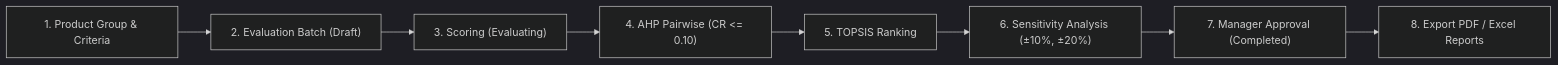
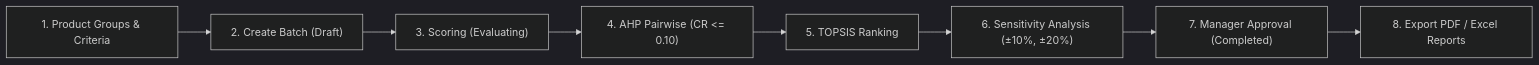
Before and after one commit to daongochan/Supplier_Selection_Decision_Support_System: the first of 2 diagrams in README.md, drawn with Mermaid (dark theme). The commit also changed other lines of this file and 1 other file, not shown here.

````diff
--- a/README.md
+++ b/README.md
@@ -31,10 +67,10 @@
 ```mermaid
-graph LR
-    A["1. Product Group & Criteria"] --> B["2. Evaluation Batch (Draft)"]
+flowchart LR
+    A["1. Product Groups & Criteria"] --> B["2. Create Batch (Draft)"]
     B --> C["3. Scoring (Evaluating)"]
     C --> D["4. AHP Pairwise (CR <= 0.10)"]
     D --> E["5. TOPSIS Ranking"]
     E --> F["6. Sensitivity Analysis (±10%, ±20%)"]
     F --> G["7. Manager Approval (Completed)"]
     G --> H["8. Export PDF / Excel Reports"]
 ```
````
